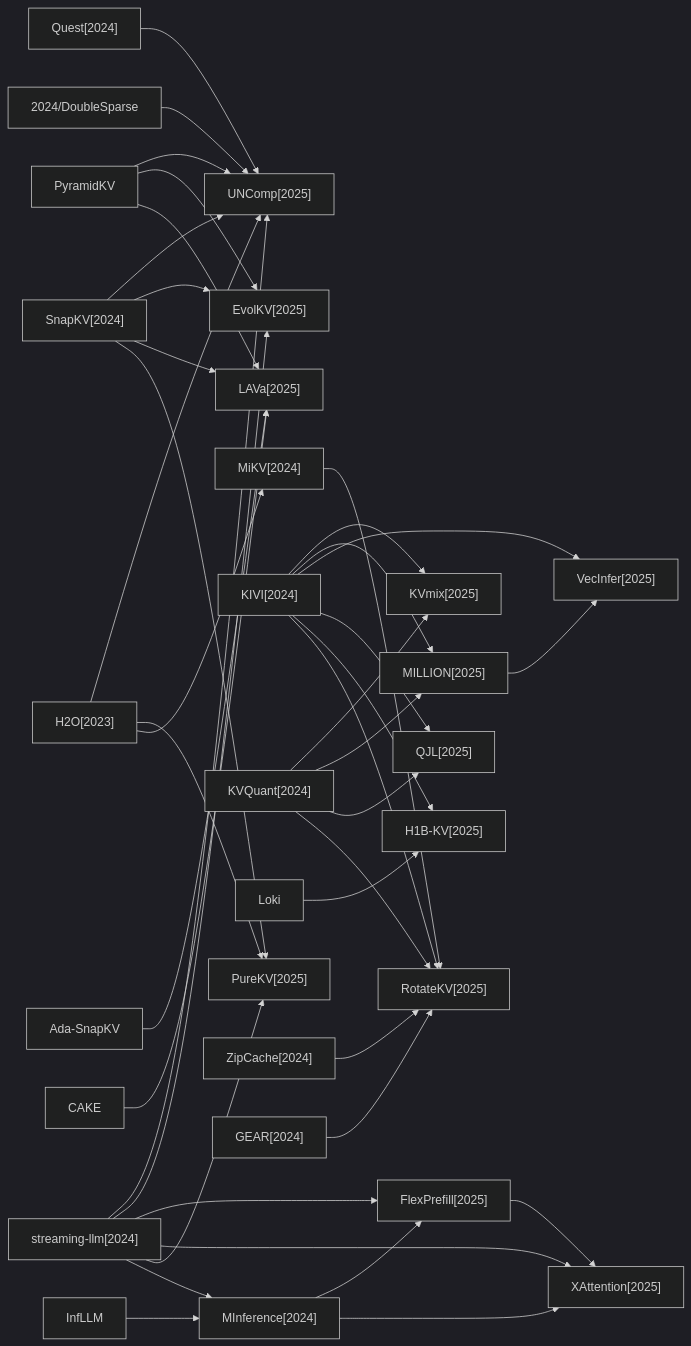
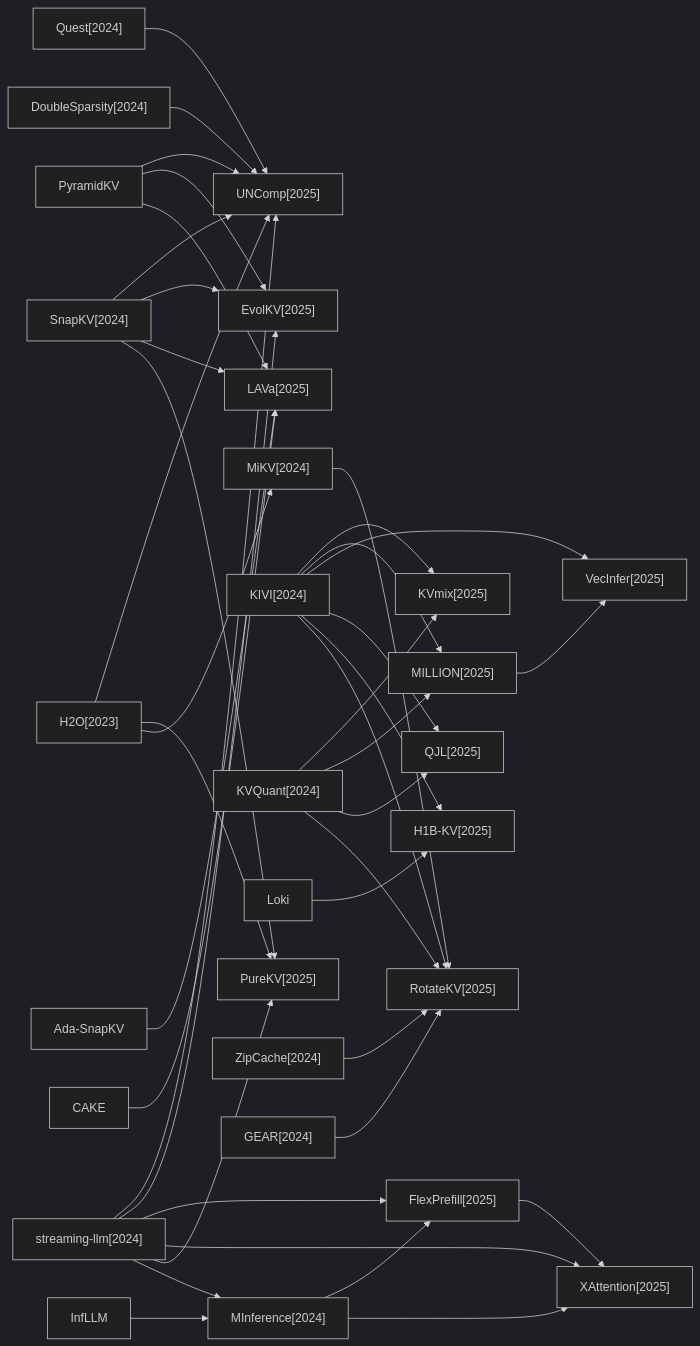
Before and after one commit to hustzxd/EfficientPaper: the fourth of 5 diagrams in docs/baseline_methods_graph.md, drawn with Mermaid (dark theme). The commit also changed other lines of this file and 43 other files, not shown here.

````diff
--- a/docs/baseline_methods_graph.md
+++ b/docs/baseline_methods_graph.md
@@ -44,70 +57,70 @@
 ```mermaid
 flowchart LR
     2025_UNComp["UNComp[2025]"]
     2023_H2O["H2O[2023]"]
     2024_streaming_llm["streaming-llm[2024]"]
     2024_SnapKV["SnapKV[2024]"]
     PyramidKV["PyramidKV"]
     2024_Quest["Quest[2024]"]
-    2024_DoubleSparse["2024/DoubleSparse"]
+    2024_DoubleSparsity["DoubleSparsity[2024]"]
     2025_EvolKV["EvolKV[2025]"]
     2025_LAVa["LAVa[2025]"]
     Ada_SnapKV["Ada-SnapKV"]
     CAKE["CAKE"]
     2025_FlexPrefill["FlexPrefill[2025]"]
     2024_MInference["MInference[2024]"]
     2025_KVmix["KVmix[2025]"]
     2024_KIVI["KIVI[2024]"]
     2024_KVQuant["KVQuant[2024]"]
     2025_MILLION["MILLION[2025]"]
     2025_VecInfer["VecInfer[2025]"]
     2025_XAttention["XAttention[2025]"]
     2025_QJL["QJL[2025]"]
     2025_H1B_KV["H1B-KV[2025]"]
     Loki["Loki"]
     2025_RotateKV["RotateKV[2025]"]
     2024_MiKV["MiKV[2024]"]
     2024_ZipCache["ZipCache[2024]"]
     2024_GEAR["GEAR[2024]"]
     2025_PureKV["PureKV[2025]"]
     InfLLM["InfLLM"]
     2023_H2O --> 2025_UNComp
     2023_H2O --> 2025_PureKV
     2023_H2O --> 2024_MiKV
     2024_streaming_llm --> 2025_UNComp
     2024_streaming_llm --> 2025_EvolKV
     2024_streaming_llm --> 2025_FlexPrefill
     2024_streaming_llm --> 2025_XAttention
     2024_streaming_llm --> 2025_PureKV
     2024_streaming_llm --> 2024_MInference
     2024_SnapKV --> 2025_UNComp
     2024_SnapKV --> 2025_EvolKV
     2024_SnapKV --> 2025_LAVa
     2024_SnapKV --> 2025_PureKV
     PyramidKV --> 2025_UNComp
     PyramidKV --> 2025_EvolKV
     PyramidKV --> 2025_LAVa
     2024_Quest --> 2025_UNComp
-    2024_DoubleSparse --> 2025_UNComp
+    2024_DoubleSparsity --> 2025_UNComp
     Ada_SnapKV --> 2025_LAVa
     CAKE --> 2025_LAVa
     2025_FlexPrefill --> 2025_XAttention
     2024_MInference --> 2025_FlexPrefill
     2024_MInference --> 2025_XAttention
     2024_KIVI --> 2025_KVmix
     2024_KIVI --> 2025_MILLION
     2024_KIVI --> 2025_VecInfer
     2024_KIVI --> 2025_QJL
     2024_KIVI --> 2025_H1B_KV
     2024_KIVI --> 2025_RotateKV
     2024_KVQuant --> 2025_KVmix
     2024_KVQuant --> 2025_MILLION
     2024_KVQuant --> 2025_QJL
     2024_KVQuant --> 2025_RotateKV
     2025_MILLION --> 2025_VecInfer
     Loki --> 2025_H1B_KV
     2024_MiKV --> 2025_RotateKV
     2024_ZipCache --> 2025_RotateKV
     2024_GEAR --> 2025_RotateKV
     InfLLM --> 2024_MInference
 ```
````
